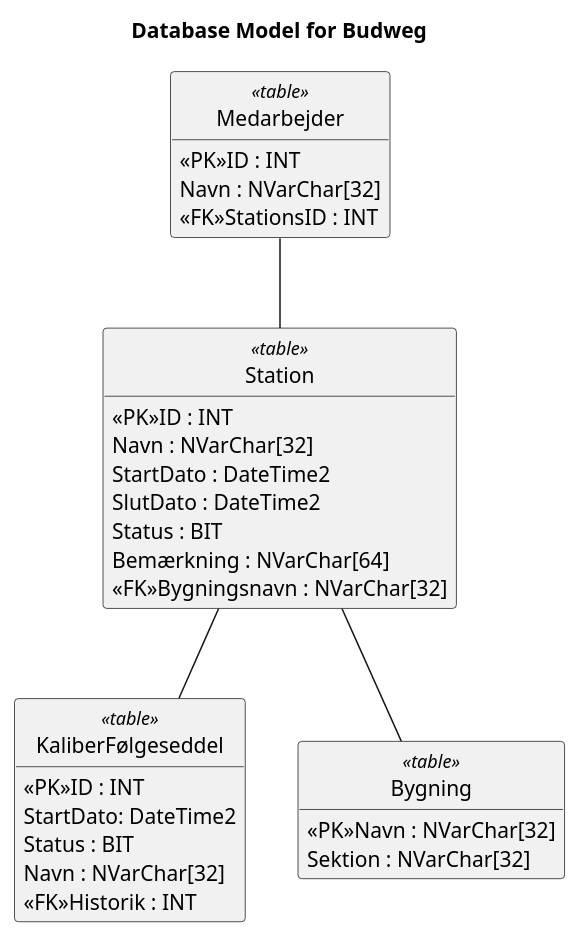
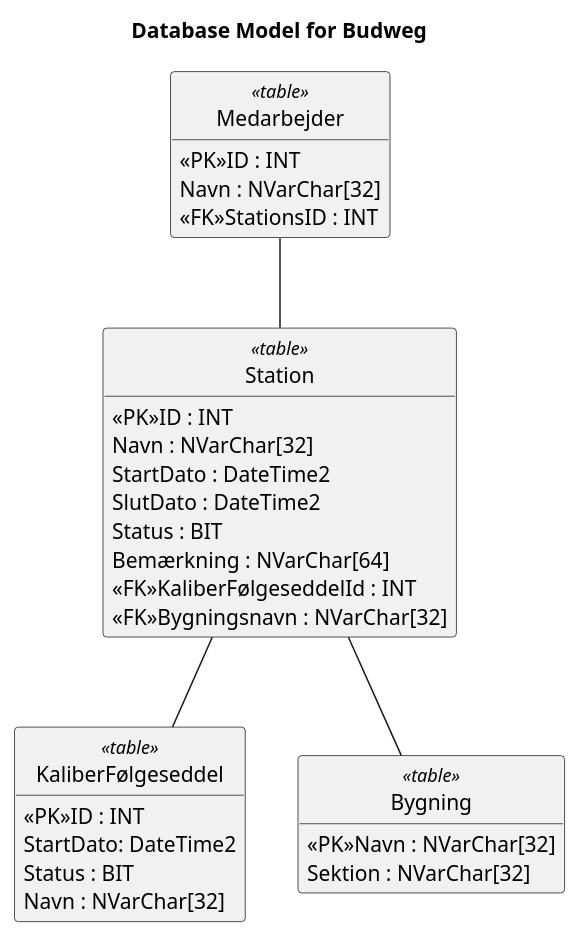
The diagram in uml_artifacts/database_model.puml (marsbo04/budweg), drawn with PlantUML before and after one commit.

Commit message:
Move foreign key from slip to station

```diff
--- a/uml_artifacts/database_model.puml
+++ b/uml_artifacts/database_model.puml
@@ -1,44 +1,44 @@
 @startuml database_model_budweg
 hide methods
 hide circle
 
 title Database Model for Budweg
 
 class "KaliberFølgeseddel" <<table>>
 {
     <<PK>>ID : INT
     StartDato: DateTime2
     Status : BIT
     Navn : NVarChar[32]
-    <<FK>>Historik : INT
 }
 
 class "Station" <<table>>
 {
     <<PK>>ID : INT
     Navn : NVarChar[32]
     StartDato : DateTime2
     SlutDato : DateTime2
     Status : BIT
     Bemærkning : NVarChar[64]
+    <<FK>>KaliberFølgeseddelId : INT
     <<FK>>Bygningsnavn : NVarChar[32]
 }
 
 class "Medarbejder" <<table>>
 {
     <<PK>>ID : INT
     Navn : NVarChar[32]
     <<FK>>StationsID : INT
 }
 
 class "Bygning" <<table>>
 {
     <<PK>>Navn : NVarChar[32]
     Sektion : NVarChar[32]
 }
 
 Station -- KaliberFølgeseddel
 Station -- Bygning
 Medarbejder -- Station
 
 @enduml
```
